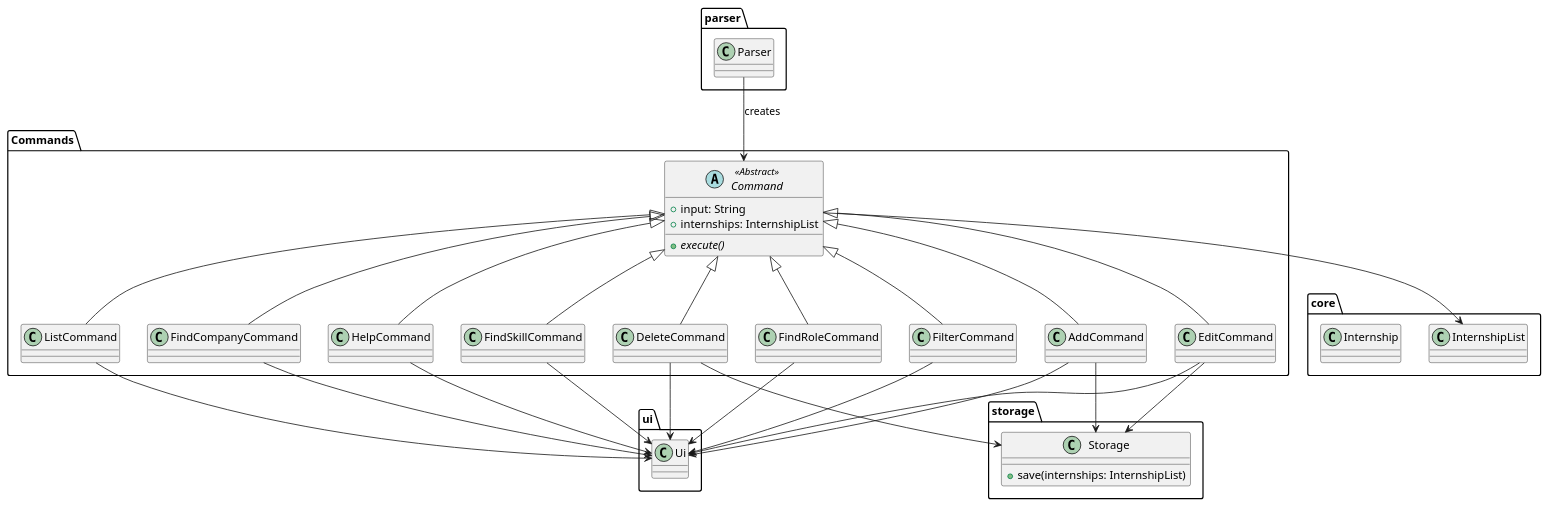
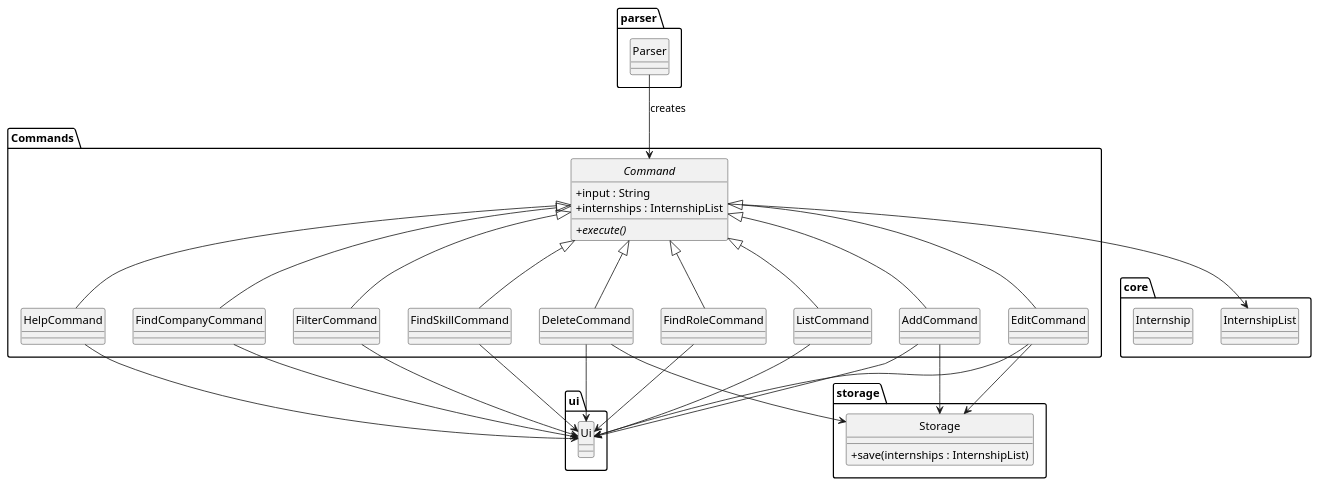
One commit to xyanjun02/tp changed the diagram in docs/diagrams/commandsComponent.puml. Above: the diagram before and after it, drawn with PlantUML. The commit also changed other lines of this file and 6 other files, not shown here.

```diff
--- a/docs/diagrams/commandsComponent.puml
+++ b/docs/diagrams/commandsComponent.puml
@@ -1,65 +1,68 @@
 @startuml
-'https://plantuml.com/sequence-diagram
+hide circle
+skinparam classAttributeIconSize 0
 
 package "Commands" {
-    abstract class Command <<Abstract >> {
-        +{abstract} execute()
-        +input: String
-        +internships: InternshipList
+    abstract class Command {
+        + execute() {abstract}
+        + input : String
+        + internships : InternshipList
     }
 
     class AddCommand
     class DeleteCommand
     class EditCommand
     class FindCompanyCommand
     class FindRoleCommand
     class FindSkillCommand
+    class FilterCommand
     class HelpCommand
     class ListCommand
 
     Command <|-- AddCommand
     Command <|-- DeleteCommand
     Command <|-- EditCommand
     Command <|-- FindCompanyCommand
     Command <|-- FindRoleCommand
     Command <|-- FindSkillCommand
     Command <|-- FilterCommand
     Command <|-- HelpCommand
     Command <|-- ListCommand
 }
 
 package "core" {
     class InternshipList
     class Internship
 }
 
 package "parser" {
     class Parser
 }
 
 package "ui" {
     class Ui
 }
 
 package "storage" {
     class Storage {
-    + save(internships: InternshipList)
+        + save(internships : InternshipList)
     }
 }
+
 ' External Dependencies
 Parser --> Command : creates
 Command --> InternshipList
 AddCommand --> Storage
 DeleteCommand --> Storage
 EditCommand --> Storage
 AddCommand --> Ui
 DeleteCommand --> Ui
 EditCommand --> Ui
 FindCompanyCommand --> Ui
 FindRoleCommand --> Ui
 FindSkillCommand --> Ui
 FilterCommand --> Ui
 HelpCommand --> Ui
 ListCommand --> Ui
 
 @enduml
```
